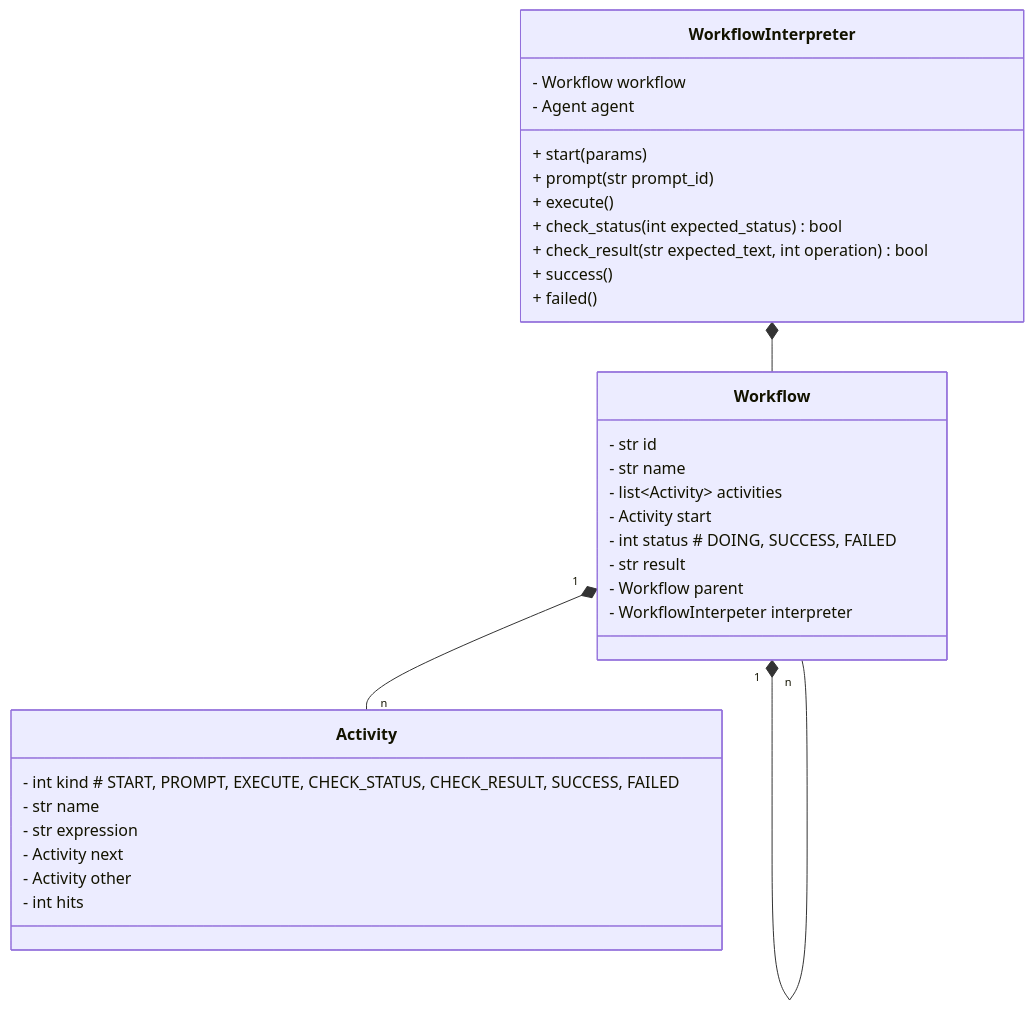
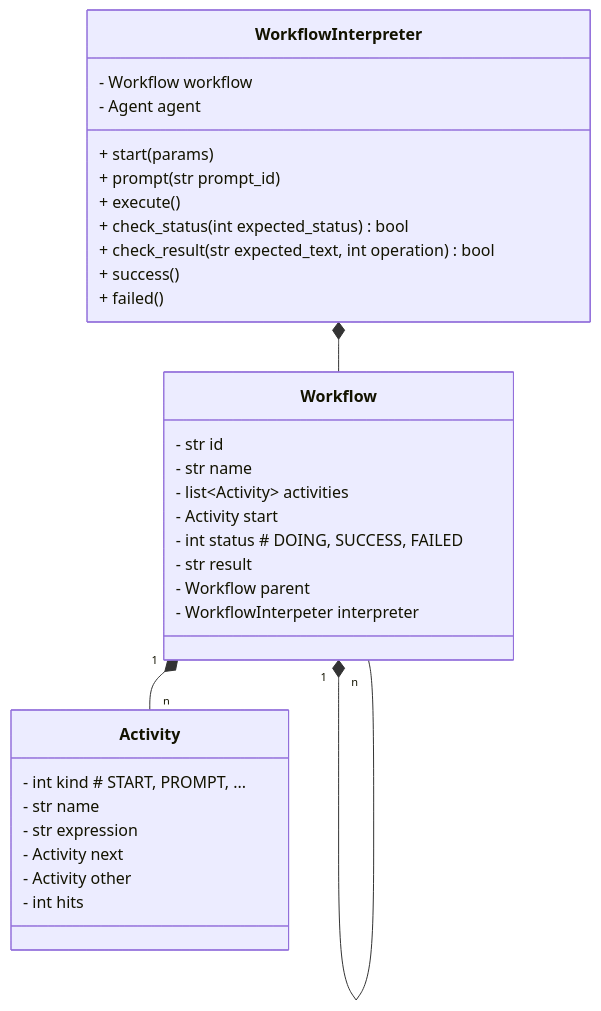
One commit to BernLeWal/AICodeMentor changed the first of 2 diagrams in docs/workflow.md. Above: the diagram before and after it, drawn with Mermaid. The commit also changed other lines of this file and 6 other files, not shown here.

````diff
--- a/docs/workflow.md
+++ b/docs/workflow.md
@@ -14,38 +14,38 @@
 ```mermaid
 classDiagram
     class Workflow {
         - str id
         - str name
         - list~Activity~ activities
         - Activity start
 
         - int status # DOING, SUCCESS, FAILED
         - str result
         - Workflow parent
         - WorkflowInterpeter interpreter
     }
     Workflow "1" *-- "n" Workflow
 
     class WorkflowInterpreter {
         - Workflow workflow
         - Agent agent
         + start(params)
         + prompt(str prompt_id)
         + execute()
         + check_status(int expected_status) bool
         + check_result(str expected_text, int operation) bool
         + success()
         + failed()
     }
     WorkflowInterpreter *-- Workflow
 
     class Activity {
-        - int kind # START, PROMPT, EXECUTE, CHECK_STATUS, CHECK_RESULT, SUCCESS, FAILED
+        - int kind # START, PROMPT, ...
         - str name
         - str expression
         - Activity next
         - Activity other
         - int hits
     }
     Workflow "1" *-- "n" Activity
 ```
````
